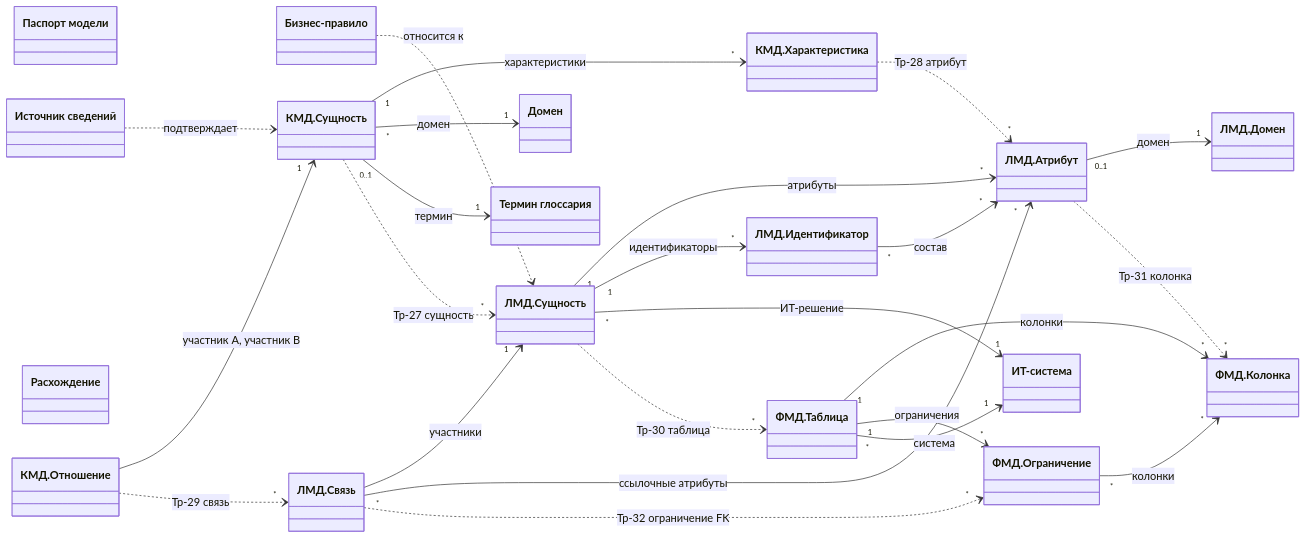
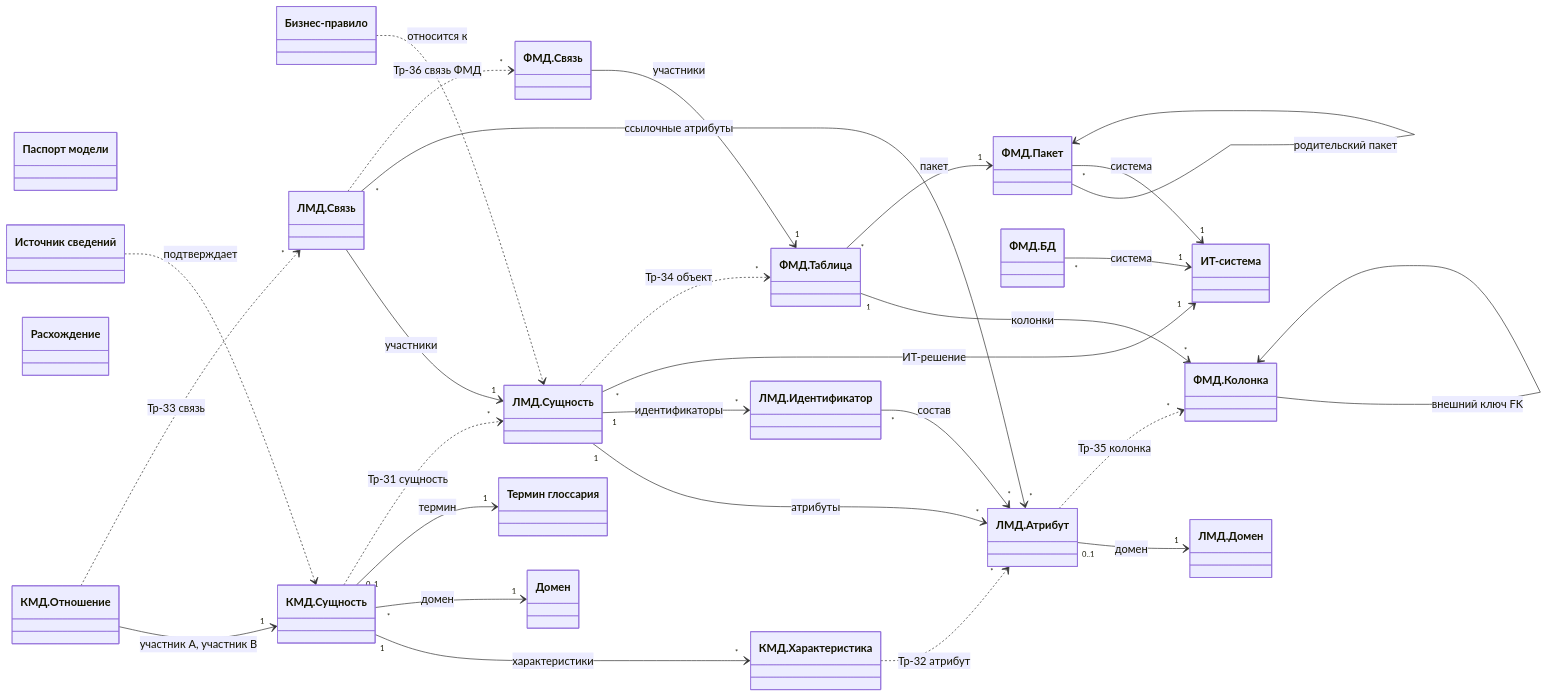
One commit to alexanderlazutkin/DatamodelDesign changed the diagram in docs/Метамодель СиММА для КМД-ЛМД-ФМД.md. Above: the diagram before and after it, drawn with Mermaid. The commit also changed other lines of this file, not shown here.

First line of the commit message:
docs: метамодель СиММА — v0.3 (состав ФМД по требованиям заказчика)

````diff
--- a/docs/Метамодель СиММА для КМД-ЛМД-ФМД.md
+++ b/docs/Метамодель СиММА для КМД-ЛМД-ФМД.md
@@ -160,54 +434,59 @@
 ```mermaid
 classDiagram
     direction LR
 
     class PASSPORT["Паспорт модели"]
     class DOMAIN["Домен"]
     class TERM["Термин глоссария"]
     class SYSTEM["ИТ-система"]
     class SOURCE["Источник сведений"]
     class RULE["Бизнес-правило"]
     class GAP["Расхождение"]
 
     class CMD_ENTITY["КМД.Сущность"]
     class CMD_CHAR["КМД.Характеристика"]
     class CMD_REL["КМД.Отношение"]
 
     class LMD_ENTITY["ЛМД.Сущность"]
     class LMD_ATTR["ЛМД.Атрибут"]
     class LMD_DOMAIN["ЛМД.Домен"]
     class LMD_IDENT["ЛМД.Идентификатор"]
     class LMD_REL["ЛМД.Связь"]
 
+    class PDM_DB["ФМД.БД"]
+    class PDM_PACKAGE["ФМД.Пакет"]
     class PDM_TABLE["ФМД.Таблица"]
     class PDM_COLUMN["ФМД.Колонка"]
-    class PDM_CONSTR["ФМД.Ограничение"]
+    class PDM_REL["ФМД.Связь"]
 
     CMD_ENTITY "1" --> "*" CMD_CHAR : характеристики
     CMD_REL --> "1" CMD_ENTITY : участник A, участник B
     CMD_ENTITY "*" --> "1" DOMAIN : домен
     CMD_ENTITY "0..1" --> "1" TERM : термин
 
     LMD_ENTITY "1" --> "*" LMD_ATTR : атрибуты
     LMD_ENTITY "1" --> "*" LMD_IDENT : идентификаторы
     LMD_IDENT "*" --> "*" LMD_ATTR : состав
     LMD_REL --> "1" LMD_ENTITY : участники
     LMD_REL "*" --> "*" LMD_ATTR : ссылочные атрибуты
     LMD_ATTR "0..1" --> "1" LMD_DOMAIN : домен
     LMD_ENTITY "*" --> "1" SYSTEM : ИТ-решение
 
     PDM_TABLE "1" --> "*" PDM_COLUMN : колонки
-    PDM_TABLE "1" --> "*" PDM_CONSTR : ограничения
-    PDM_CONSTR "*" --> "*" PDM_COLUMN : колонки
-    PDM_TABLE "*" --> "1" SYSTEM : система
+    PDM_TABLE "*" --> "1" PDM_PACKAGE : пакет
+    PDM_PACKAGE --> PDM_PACKAGE : родительский пакет
+    PDM_PACKAGE "*" --> "1" SYSTEM : система
+    PDM_DB "*" --> "1" SYSTEM : система
+    PDM_REL --> "1" PDM_TABLE : участники
+    PDM_COLUMN --> PDM_COLUMN : внешний ключ FK
 
     SOURCE ..> CMD_ENTITY : подтверждает
     RULE ..> LMD_ENTITY : относится к
 
-    CMD_ENTITY ..> "*" LMD_ENTITY : Тр-27 сущность
-    CMD_CHAR ..> "*" LMD_ATTR : Тр-28 атрибут
-    CMD_REL ..> "*" LMD_REL : Тр-29 связь
-    LMD_ENTITY ..> "*" PDM_TABLE : Тр-30 таблица
-    LMD_ATTR ..> "*" PDM_COLUMN : Тр-31 колонка
-    LMD_REL ..> "*" PDM_CONSTR : Тр-32 ограничение FK
+    CMD_ENTITY ..> "*" LMD_ENTITY : Тр-31 сущность
+    CMD_CHAR ..> "*" LMD_ATTR : Тр-32 атрибут
+    CMD_REL ..> "*" LMD_REL : Тр-33 связь
+    LMD_ENTITY ..> "*" PDM_TABLE : Тр-34 объект
+    LMD_ATTR ..> "*" PDM_COLUMN : Тр-35 колонка
+    LMD_REL ..> "*" PDM_REL : Тр-36 связь ФМД
 ```
````
